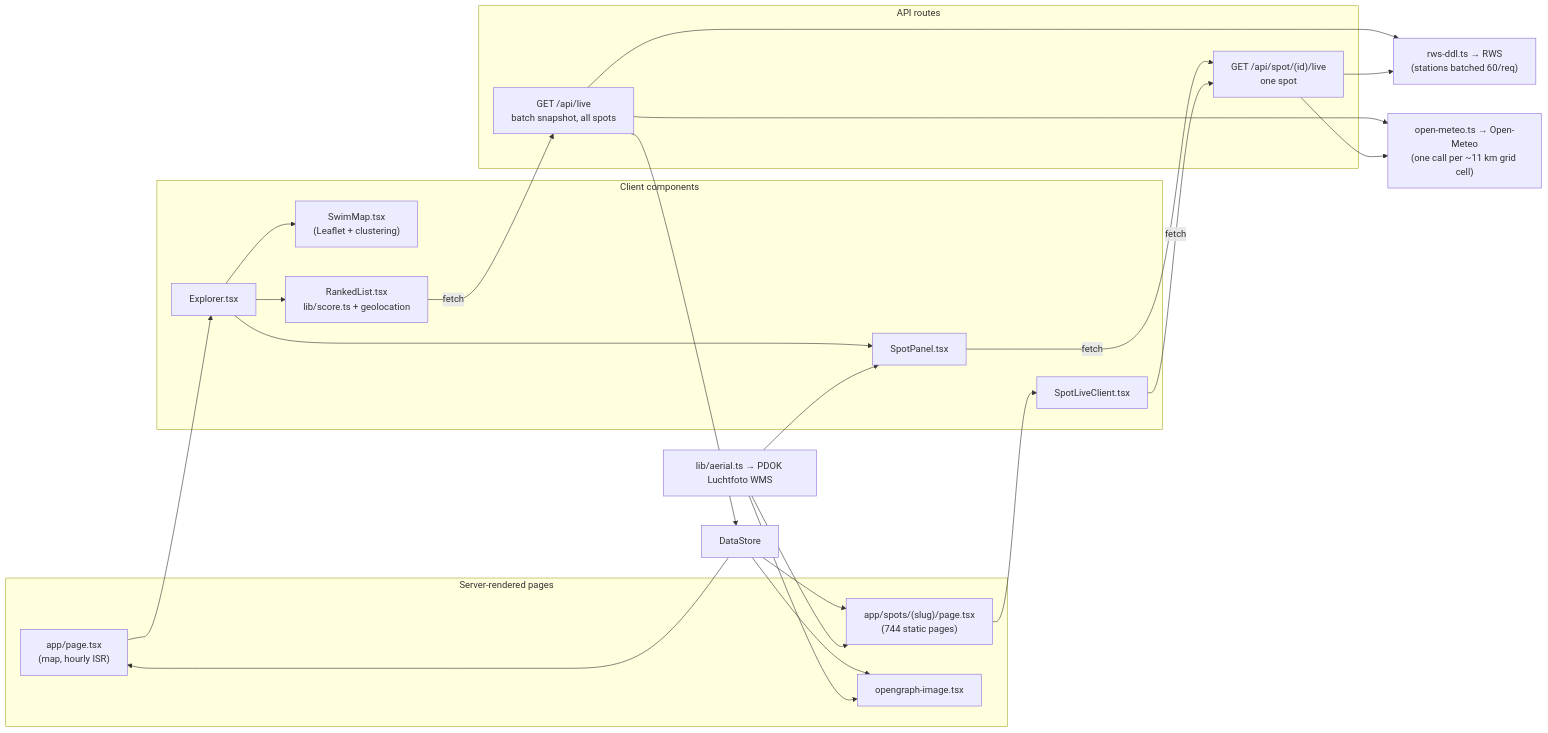
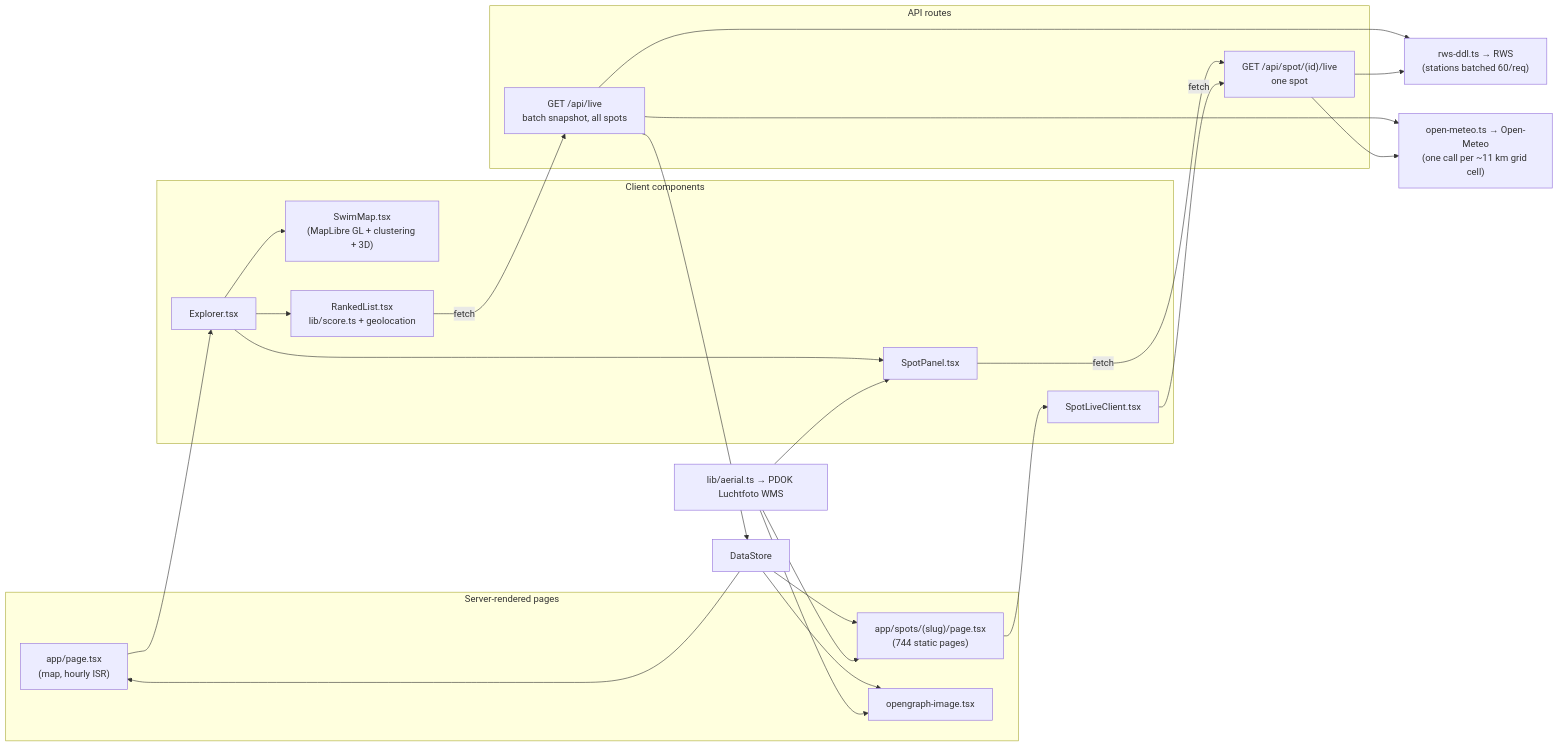
One commit to CarlosEscat/nl-swim-spot-explorer changed the second of 2 diagrams in README.md. Above: the diagram before and after it, drawn with Mermaid. The commit also changed other lines of this file and 6 other files, not shown here.

First line of the commit message:
Migrate map from Leaflet to MapLibre GL JS with MapTiler vector tiles

````diff
--- a/README.md
+++ b/README.md
@@ -132,44 +135,44 @@
 ```mermaid
 flowchart LR
   subgraph pages["Server-rendered pages"]
     HOME["app/page.tsx<br/>(map, hourly ISR)"]
     SPOT["app/spots/(slug)/page.tsx<br/>(744 static pages)"]
     OG["opengraph-image.tsx"]
   end
 
   subgraph client["Client components"]
     EXP["Explorer.tsx"]
-    MAP["SwimMap.tsx<br/>(Leaflet + clustering)"]
+    MAP["SwimMap.tsx<br/>(MapLibre GL + clustering + 3D)"]
     RANK["RankedList.tsx<br/>lib/score.ts + geolocation"]
     PANEL["SpotPanel.tsx"]
     LIVEC["SpotLiveClient.tsx"]
   end
 
   subgraph api["API routes"]
     LIVEALL["GET /api/live<br/>batch snapshot, all spots"]
     LIVEONE["GET /api/spot/(id)/live<br/>one spot"]
   end
 
   STORE["DataStore"]
   RWS["rws-ddl.ts → RWS<br/>(stations batched 60/req)"]
   METEO["open-meteo.ts → Open-Meteo<br/>(one call per ~11 km grid cell)"]
   FOTO["lib/aerial.ts → PDOK Luchtfoto WMS"]
 
   STORE --> HOME --> EXP
   EXP --> MAP
   EXP --> RANK
   EXP --> PANEL
   STORE --> SPOT --> LIVEC
   STORE --> OG
   RANK -- "fetch" --> LIVEALL
   PANEL -- "fetch" --> LIVEONE
   LIVEC -- "fetch" --> LIVEONE
   LIVEALL --> RWS
   LIVEALL --> METEO
   LIVEALL --> STORE
   LIVEONE --> RWS
   LIVEONE --> METEO
   FOTO --> SPOT
   FOTO --> PANEL
   FOTO --> OG
 ```
````
